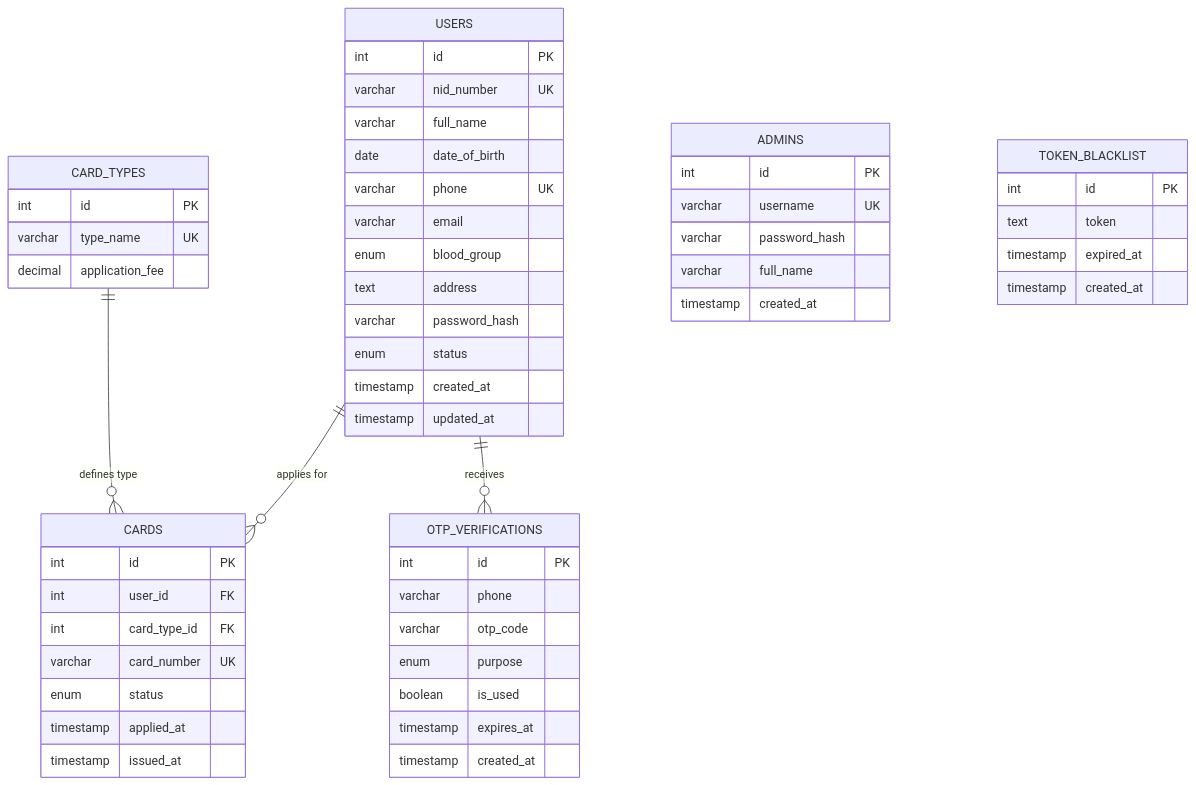
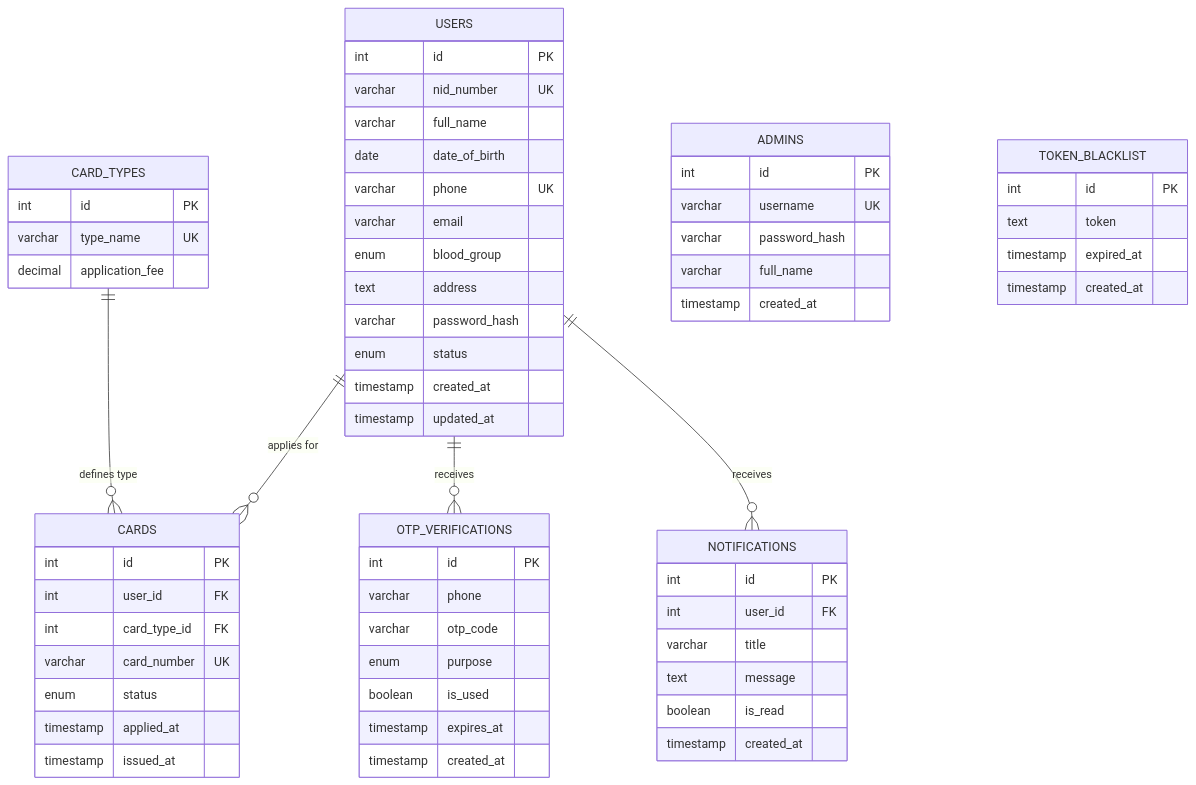
Before and after one commit to TanvirYestehad0096/citizen-card-backend: the diagram in erd.md, drawn with Mermaid. The commit also changed other lines of this file and 1 other file, not shown here.

Commit message:
docs: add NOTIFICATIONS table to ERD

````diff
--- a/erd.md
+++ b/erd.md
@@ -4,62 +4,66 @@
 ```mermaid
 erDiagram
   USERS {
     int id PK
     varchar nid_number UK
     varchar full_name
     date date_of_birth
     varchar phone UK
     varchar email
     enum blood_group
     text address
     varchar password_hash
     enum status
     timestamp created_at
     timestamp updated_at
   }
-
   CARD_TYPES {
     int id PK
     varchar type_name UK
     decimal application_fee
   }
-
   CARDS {
     int id PK
     int user_id FK
     int card_type_id FK
     varchar card_number UK
     enum status
     timestamp applied_at
     timestamp issued_at
   }
-
+  NOTIFICATIONS {
+    int id PK
+    int user_id FK
+    varchar title
+    text message
+    boolean is_read
+    timestamp created_at
+  }
   OTP_VERIFICATIONS {
     int id PK
     varchar phone
     varchar otp_code
     enum purpose
     boolean is_used
     timestamp expires_at
     timestamp created_at
   }
-
   ADMINS {
     int id PK
     varchar username UK
     varchar password_hash
     varchar full_name
     timestamp created_at
   }
-
   TOKEN_BLACKLIST {
     int id PK
     text token
     timestamp expired_at
     timestamp created_at
   }
 
   USERS ||--o{ CARDS : "applies for"
   CARD_TYPES ||--o{ CARDS : "defines type"
   USERS ||--o{ OTP_VERIFICATIONS : "receives"
+  USERS ||--o{ NOTIFICATIONS : "receives"
 ```
````
